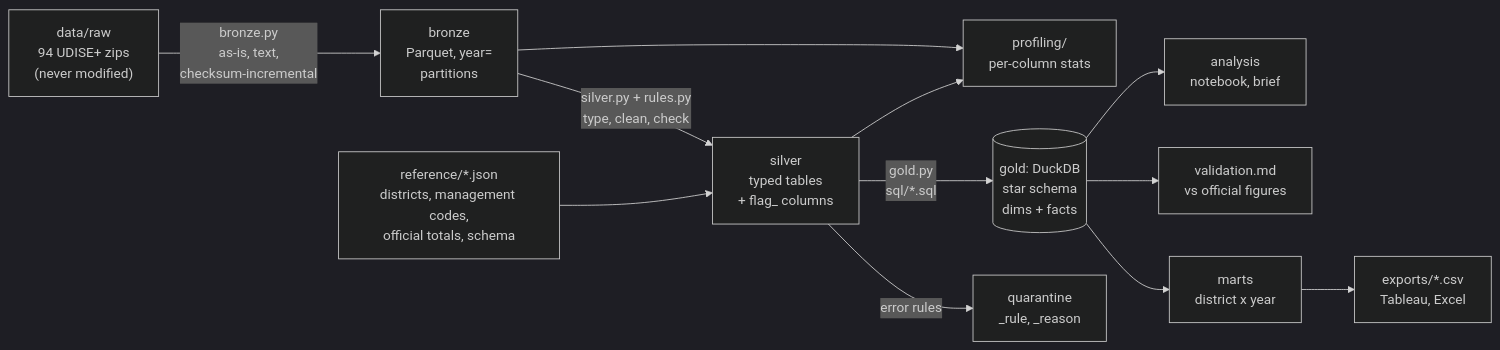
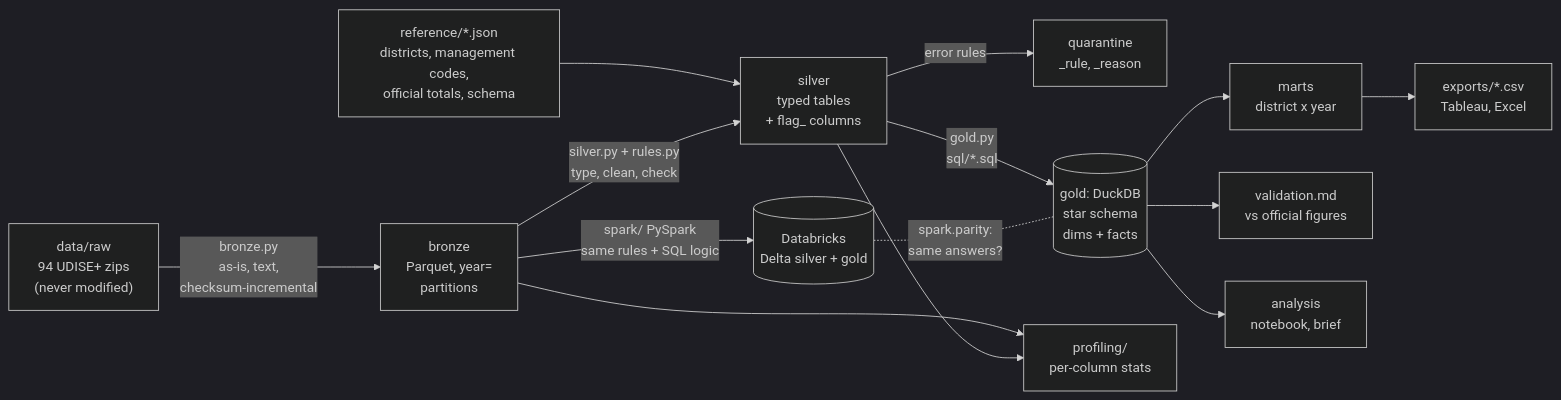
One commit to adi13apr/Rajasthan-Udise-Insights changed the diagram in README.md. Above: the diagram before and after it, drawn with Mermaid (dark theme). The commit also changed other lines of this file and 2 other files, not shown here.

Commit message:
Docs: Running on Databricks, design decision 13, CLAUDE.md notes

````diff
--- a/README.md
+++ b/README.md
@@ -26,13 +26,15 @@
 ```mermaid
 flowchart LR
     R["data/raw<br/>94 UDISE+ zips<br/>(never modified)"] -->|"bronze.py<br/>as-is, text,<br/>checksum-incremental"| B["bronze<br/>Parquet, year=<br/>partitions"]
     REF["reference/*.json<br/>districts, management codes,<br/>official totals, schema"] --> S
     B -->|"silver.py + rules.py<br/>type, clean, check"| S["silver<br/>typed tables<br/>+ flag_ columns"]
     S -->|error rules| Q["quarantine<br/>_rule, _reason"]
     S -->|"gold.py<br/>sql/*.sql"| G[("gold: DuckDB<br/>star schema<br/>dims + facts")]
     G --> M["marts<br/>district x year"]
     M --> E["exports/*.csv<br/>Tableau, Excel"]
     G --> V["validation.md<br/>vs official figures"]
     B & S --> P["profiling/<br/>per-column stats"]
     G --> A["analysis<br/>notebook, brief"]
+    B -->|"spark/ PySpark<br/>same rules + SQL logic"| DB[("Databricks<br/>Delta silver + gold")]
+    DB -. "spark.parity:<br/>same answers?" .- G
 ```
````
